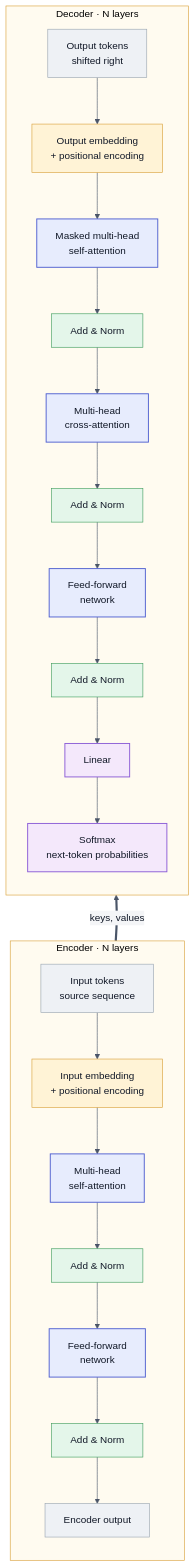
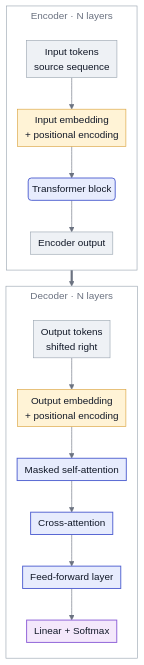
The second of 3 diagrams in _posts/2026-11-15-architechture-of-femtochat.md (lpossner/gradient-horizon), drawn with Mermaid before and after one commit. The commit also changed other lines of this file and 2 other files, not shown here.

````diff
--- a/_posts/2026-11-15-architechture-of-femtochat.md
+++ b/_posts/2026-11-15-architechture-of-femtochat.md
@@ -13,39 +56,39 @@
 ```mermaid
-%%{init: {'theme':'base','themeVariables':{'background':'#ffffff','primaryColor':'#e7ecfd','primaryTextColor':'#111827','primaryBorderColor':'#4f5fd0','lineColor':'#4a5568','edgeLabelBackground':'#f4f5f7','clusterBkg':'#fffbf0','clusterBorder':'#d9a13b'}}}%%
+%%{init: {'theme':'base','themeVariables':{'background':'transparent','primaryColor':'#e7ecfd','primaryTextColor':'#111827','primaryBorderColor':'#4f5fd0','lineColor':'#6b7280','titleColor':'#6b7280','edgeLabelBackground':'#ffffff','clusterBkg':'transparent','clusterBorder':'#9aa5b1'},'flowchart':{'subGraphTitleMargin':{'top':4,'bottom':26},'nodeSpacing':16,'rankSpacing':26,'padding':6}}}%%
 flowchart TB
     classDef io      fill:#eef1f5,stroke:#9aa5b1,color:#111827
     classDef embed   fill:#fff3d6,stroke:#d9a13b,color:#111827
-    classDef compute fill:#e7ecfd,stroke:#4f5fd0,stroke-width:1.5px,color:#111827
-    classDef norm    fill:#e4f6ea,stroke:#3f9e5e,color:#111827
+    classDef block   fill:#e7ecfd,stroke:#4f5fd0,stroke-width:1.5px,color:#111827
     classDef head    fill:#f4e8fb,stroke:#8b5cd6,stroke-width:1.5px,color:#111827
 
-    subgraph ENC["Encoder · N layers"]
+    %% The Encoder stack is the block drawn above, repeated, so it stays
+    %% collapsed to one box. The Decoder stack is that block plus a
+    %% cross-attention stage, and is opened up only for that reason: the
+    %% keys and values have to land somewhere.
+    subgraph ENC["Encoder &middot; N layers"]
         direction TB
         ei["Input tokens<br/>source sequence"]:::io
         ee["Input embedding<br/>+ positional encoding"]:::embed
-        eatt["Multi-head<br/>self-attention"]:::compute
-        en1["Add &amp; Norm"]:::norm
-        eff["Feed-forward<br/>network"]:::compute
-        en2["Add &amp; Norm"]:::norm
+        eb("Transformer block"):::block
         eo["Encoder output"]:::io
-        ei --> ee --> eatt --> en1 --> eff --> en2 --> eo
+        ei --> ee --> eb --> eo
     end
 
-    subgraph DEC["Decoder · N layers"]
+    subgraph DEC["Decoder &middot; N layers"]
         direction TB
         di["Output tokens<br/>shifted right"]:::io
         de["Output embedding<br/>+ positional encoding"]:::embed
-        datt["Masked multi-head<br/>self-attention"]:::compute
-        dn1["Add &amp; Norm"]:::norm
-        dca["Multi-head<br/>cross-attention"]:::compute
-        dn2["Add &amp; Norm"]:::norm
-        dff["Feed-forward<br/>network"]:::compute
-        dn3["Add &amp; Norm"]:::norm
-        dlin["Linear"]:::head
-        dout["Softmax<br/>next-token probabilities"]:::head
-        di --> de --> datt --> dn1 --> dca --> dn2 --> dff --> dn3 --> dlin --> dout
+        dsa["Masked self-attention"]:::block
+        dxa["Cross-attention"]:::block
+        dff["Feed-forward layer"]:::block
+        dh["Linear + Softmax"]:::head
+        di --> de --> dsa --> dxa --> dff --> dh
     end
 
-    de ~~~ eo
-    eo ==>|keys, values| dca
+    %% Keys and values leave the Encoder stack as the Decoder stack's
+    %% cross-attention input. No invisible link between the stacks: dagre
+    %% then sets them side by side, the Encoder to the right and ending
+    %% level with the Decoder's middle, which is the only way this arrow
+    %% can land on a node.
+    eo ==> dxa
 ```
````
